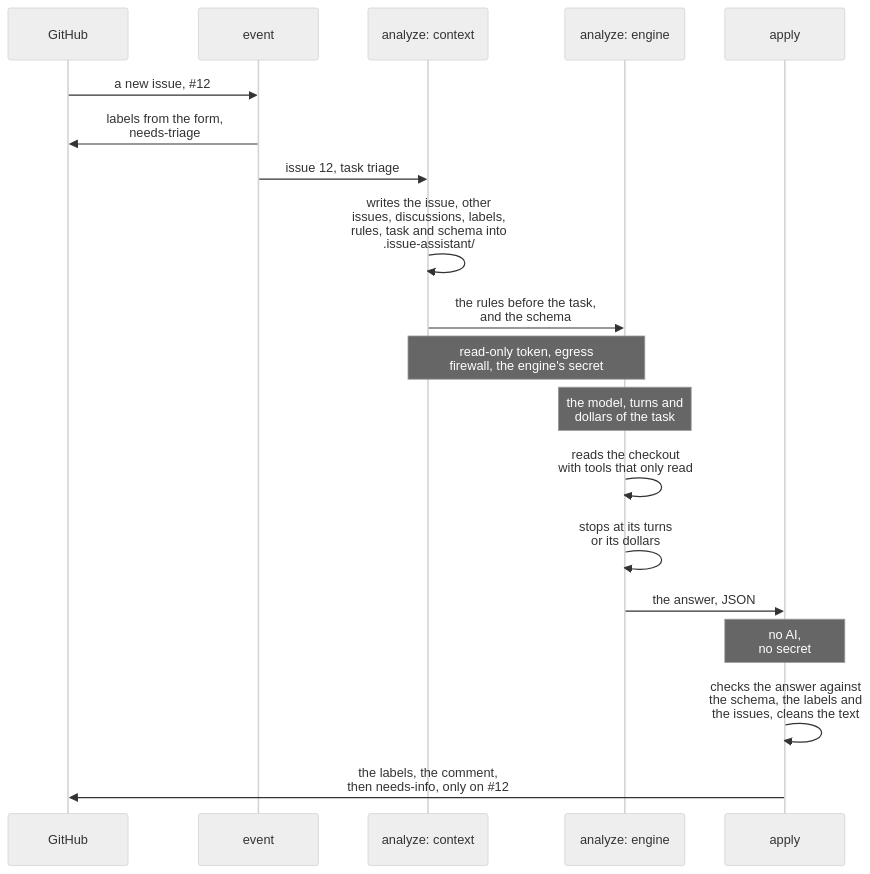
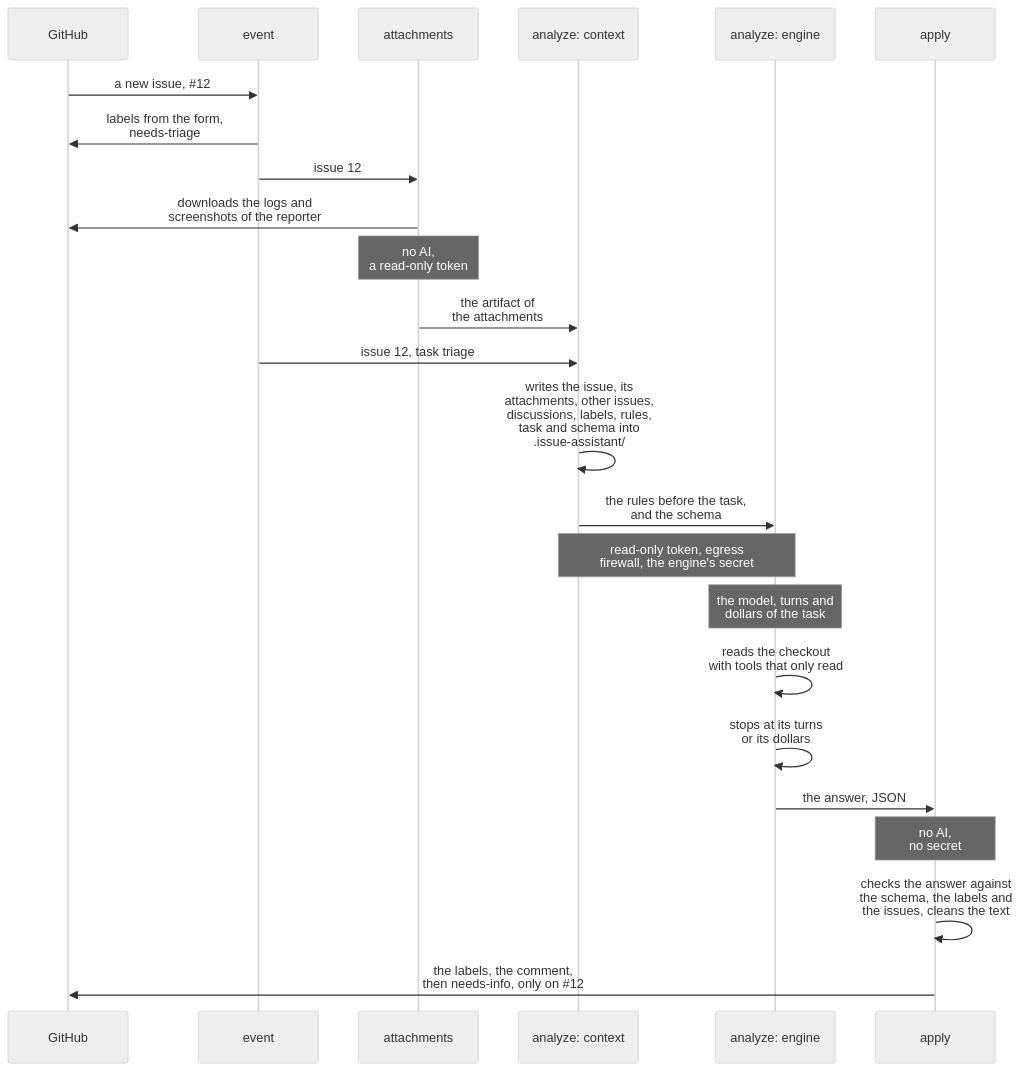
Before and after one commit to Dennis-Otto/issue-assistant: the diagram in docs/diagrams/one-run-of-issue-assistant-yml-for-a-new-issue.mmd, drawn with Mermaid (neutral theme). The commit also changed 43 other files, not shown here.

First line of the commit message:
feat(analysis): the AI reads the logs and screenshots that a reporter attaches (#422)

```diff
--- a/docs/diagrams/one-run-of-issue-assistant-yml-for-a-new-issue.mmd
+++ b/docs/diagrams/one-run-of-issue-assistant-yml-for-a-new-issue.mmd
@@ -1,21 +1,26 @@
 sequenceDiagram
   accTitle: One run of issue-assistant.yml for a new issue
-  accDescr: GitHub sends the event of the new issue 12 to the job event, which adds the labels of the form and needs-triage and hands the issue and the task triage to the job analyze. Its engine step chooses the model, the turns and the dollars of the task, and its context step writes the issue, the other issues, the discussions, the labels, the rules, the task and the schema into .issue-assistant/ and hands the rules before the task, and the schema, to the engine, which runs with a read-only token, behind the egress firewall, with the engine's secret and stops at its turns or its dollars, as far as it counts them. The engine reads the checkout with tools that only read and hands its answer in JSON to the job apply, which runs no AI and has no secret. apply checks the answer against the schema, the labels and the issues, cleans the text, and writes the labels, the comment and then needs-info, only on issue 12. For Claude, the usage step writes what the run cost into the summary of the job.
+  accDescr: GitHub sends the event of the new issue 12 to the job event, which adds the labels of the form and needs-triage and hands the issue and the task triage to the job analyze. Before it, the job attachments, without the AI and with a read-only token, downloads the logs and screenshots that the reporter attached and keeps them as an artifact for analyze. Its engine step chooses the model, the turns and the dollars of the task, and its context step writes the issue, its attachments, cleaned and fenced, the other issues, the discussions, the labels, the rules, the task and the schema into .issue-assistant/ and hands the rules before the task, and the schema, to the engine, which runs with a read-only token, behind the egress firewall, with the engine's secret and stops at its turns or its dollars, as far as it counts them. The engine reads the checkout with tools that only read and hands its answer in JSON to the job apply, which runs no AI and has no secret. apply checks the answer against the schema, the labels and the issues, cleans the text, and writes the labels, the comment and then needs-info, only on issue 12. For Claude, the usage step writes what the run cost into the summary of the job.
   participant G as GitHub
   participant E as event
+  participant A as attachments
   participant C as analyze: context
   participant AI as analyze: engine
   participant P as apply
   G->>E: a new issue, #35;12
   E->>G: labels from the form,<br>needs-triage
+  E->>A: issue 12
+  A->>G: downloads the logs and<br>screenshots of the reporter
+  Note over A: no AI,<br>a read-only token
+  A->>C: the artifact of<br>the attachments
   E->>C: issue 12, task triage
-  C->>C: writes the issue, other<br>issues, discussions, labels,<br>rules, task and schema into<br>.issue-assistant/
+  C->>C: writes the issue, its<br>attachments, other issues,<br>discussions, labels, rules,<br>task and schema into<br>.issue-assistant/
   C->>AI: the rules before the task,<br>and the schema
   Note over C,AI: read-only token, egress<br>firewall, the engine's secret
   Note over AI: the model, turns and<br>dollars of the task
   AI->>AI: reads the checkout<br>with tools that only read
   AI->>AI: stops at its turns<br>or its dollars
   AI->>P: the answer, JSON
   Note over P: no AI,<br>no secret
   P->>P: checks the answer against<br>the schema, the labels and<br>the issues, cleans the text
   P->>G: the labels, the comment,<br>then needs-info, only on #35;12
```
